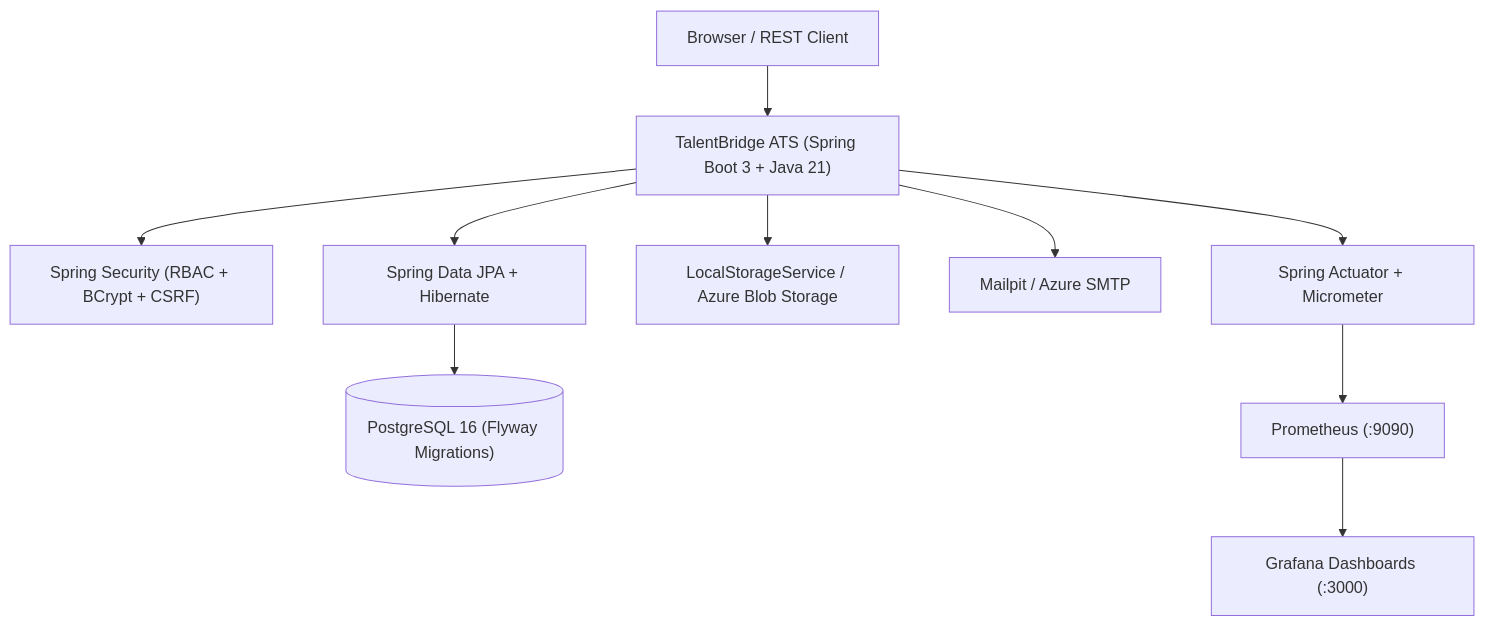
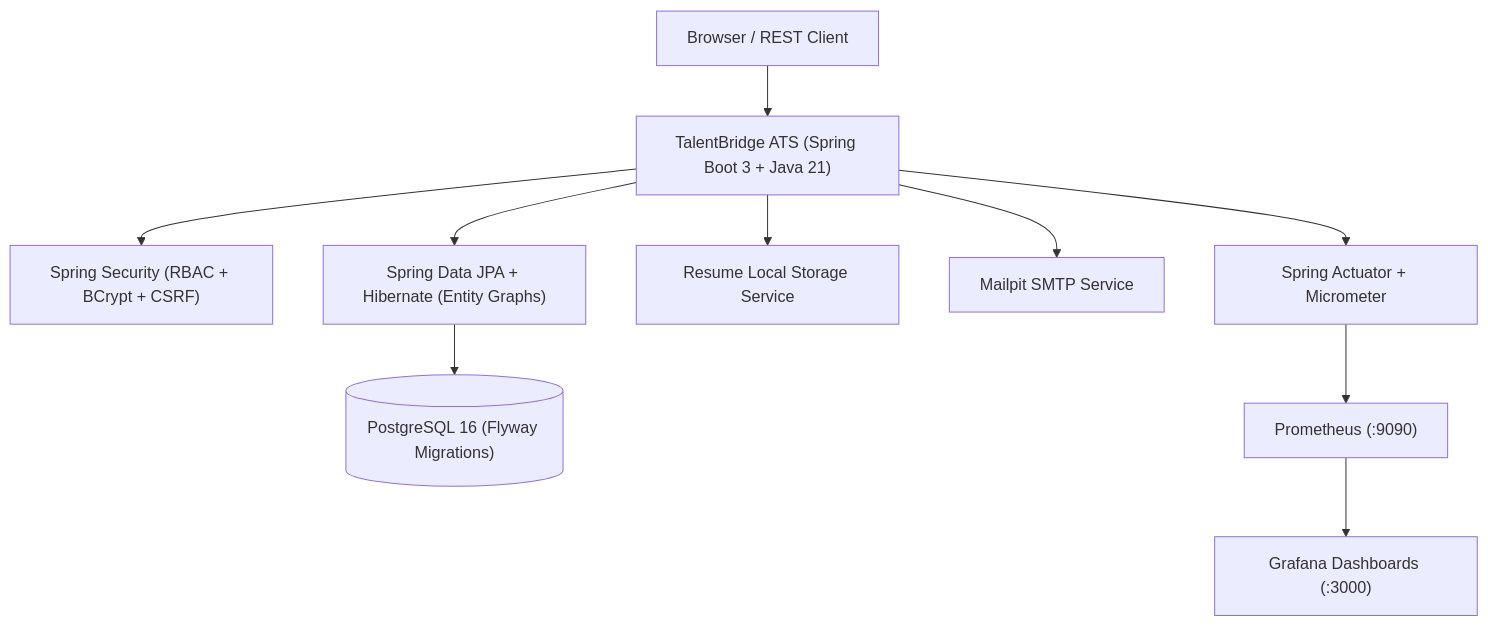
One commit to ashokpsgitech/devops-mini-project--Recruitment-portal changed the diagram in README.md. Above: the diagram before and after it, drawn with Mermaid. The commit also changed other lines of this file and 7 other files, not shown here.

Commit message:
chore: remove Azure pipelines and Terraform to focus on local Docker Compose and GitHub Actions CI/CD

````diff
--- a/README.md
+++ b/README.md
@@ -11,12 +11,12 @@
 ```mermaid
 graph TD
     Client["Browser / REST Client"] --> WebApp["TalentBridge ATS (Spring Boot 3 + Java 21)"]
     WebApp --> Security["Spring Security (RBAC + BCrypt + CSRF)"]
-    WebApp --> JPA["Spring Data JPA + Hibernate"]
+    WebApp --> JPA["Spring Data JPA + Hibernate (Entity Graphs)"]
     JPA --> Postgres[("PostgreSQL 16 (Flyway Migrations)")]
-    WebApp --> Storage["LocalStorageService / Azure Blob Storage"]
-    WebApp --> Mail["Mailpit / Azure SMTP"]
+    WebApp --> Storage["Resume Local Storage Service"]
+    WebApp --> Mail["Mailpit SMTP Service"]
     WebApp --> Actuator["Spring Actuator + Micrometer"]
     Actuator --> Prometheus["Prometheus (:9090)"]
     Prometheus --> Grafana["Grafana Dashboards (:3000)"]
 ```
````
